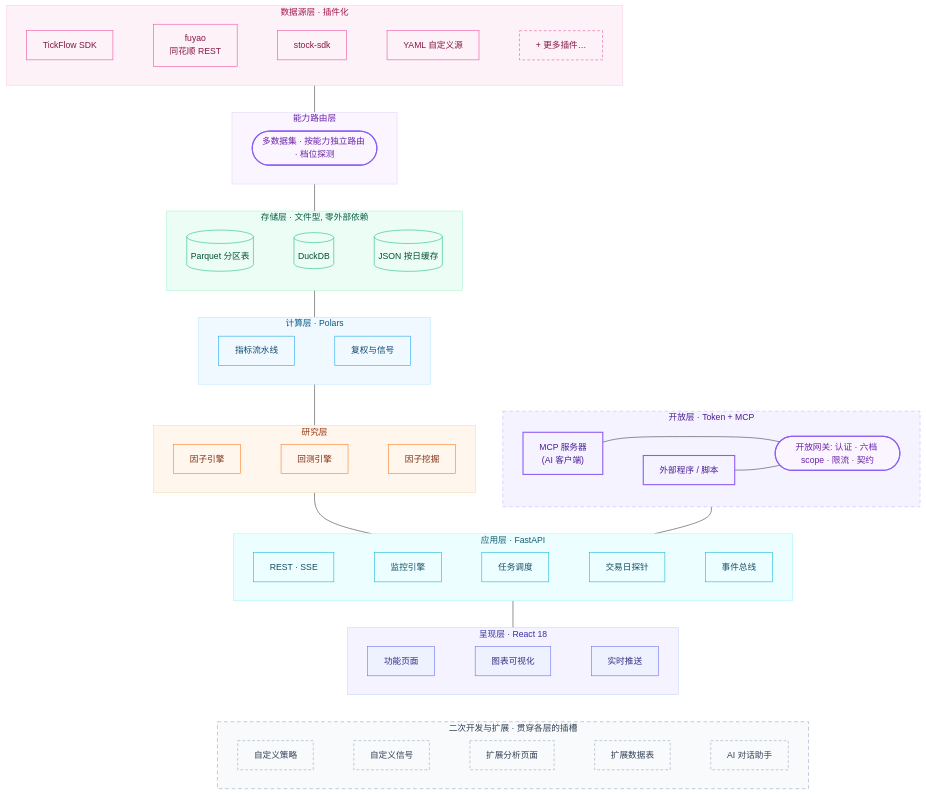
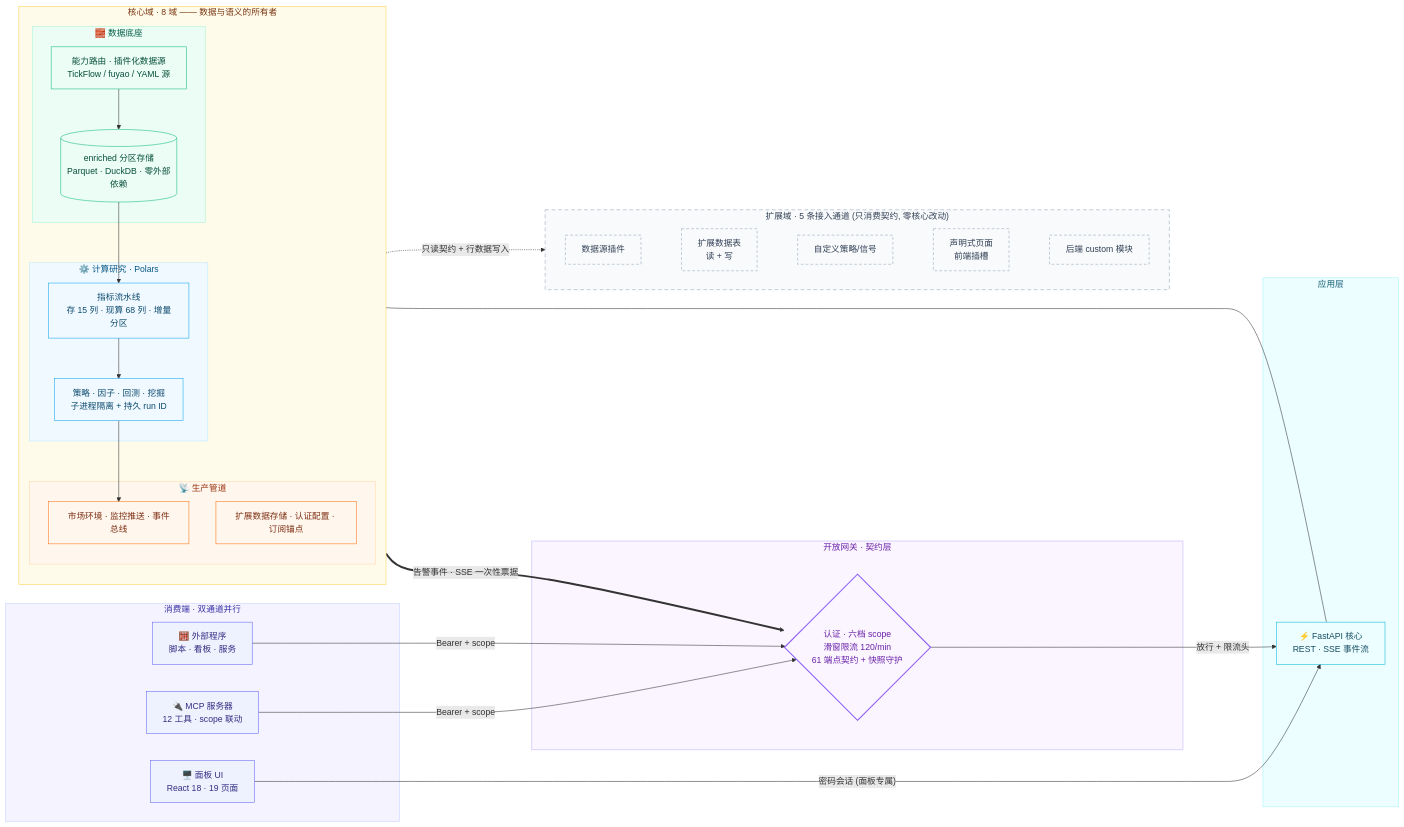
The diagram in README.md (GiannisLiu/tick-stock-panel), drawn with Mermaid before and after one commit. The commit also changed other lines of this file, not shown here.

Commit message:
docs(readme): 大改版 — 网关居中的新架构叙事 + 性能前置 + 数字面板
- 头部数字面板: 61 端点 / 6 权限档 / 12 MCP 工具 / 2400+ 测试 / ms 级扫描 / 1 容器 六格大数字
- ⚡ 性能 升为一级章节并前置 (核心功能之后): 拆 '核心引擎' 与 '开放层(0.3.2 新架构)' 两表,
  每行 表现+靠什么, 全部真实口径
- 架构图彻底重画: 旧 '数据→路由→存储→计算→呈现' 纵向流水线 → 新 '消费端双通道 → 开放网关
  (认证/scope/限流/契约) → FastAPI → 核心域三簇(数据底座/计算研究/生产管道, 内嵌增量链路)
  → 扩展域五通道虚线契约消费', 事件总线经 SSE 票据回推网关的完整闭环
- 新增 '核心域/扩展域边界' 表: 8 域 vs 5 通道 + 划线依据 + 页面可替换示例
- 章节重排: 性能/架构前置, 界面预览与 AI 助手后移; 开放能力章节收窄为能力表+十行上手
- 27 个相对链接与 mermaid 结构 (subgraph/end 配对/引号/节点 id) 校验通过

````diff
--- a/README.md
+++ b/README.md
@@ -316,92 +250,75 @@
 ```mermaid
-flowchart TB
-    subgraph OPEN["开放层 · Token + MCP"]
-        direction LR
-        M1["MCP 服务器<br/>(AI 客户端)"] ~~~ M2["外部程序 / 脚本"]
-        M3(["开放网关: 认证 · 六档 scope · 限流 · 契约"])
+flowchart LR
+    subgraph CLIENTS["消费端 · 双通道并行"]
+        UI["🖥️ 面板 UI<br/>React 18 · 19 页面"]
+        MCPS["🔌 MCP 服务器<br/>12 工具 · scope 联动"]
+        APP["🧮 外部程序<br/>脚本 · 看板 · 服务"]
     end
 
-    subgraph DATA["数据源层 · 插件化"]
-        direction LR
-        D1["TickFlow SDK"] ~~~ D2["fuyao<br/>同花顺 REST"] ~~~ D3["stock-sdk"] ~~~ D4["YAML 自定义源"] ~~~ D5["+ 更多插件…"]
+    subgraph GATE["开放网关 · 契约层"]
+        GW{"认证 · 六档 scope<br/>滑窗限流 120/min<br/>61 端点契约 + 快照守护"}
     end
 
-    subgraph ROUTE["能力路由层"]
-        direction LR
-        R(["多数据集 · 按能力独立路由 · 档位探测"])
+    subgraph SVC["应用层"]
+        API["⚡ FastAPI 核心<br/>REST · SSE 事件流"]
     end
 
-    subgraph STORE["存储层 · 文件型, 零外部依赖"]
-        direction LR
-        ST1[("Parquet 分区表")] ~~~ ST2[("DuckDB")] ~~~ ST3[("JSON 按日缓存")]
+    subgraph CORE["核心域 · 8 域 —— 数据与语义的所有者"]
+        direction TB
+        subgraph FDN["🧱 数据底座"]
+            D1["能力路由 · 插件化数据源<br/>TickFlow / fuyao / YAML 源"]
+            D2[("enriched 分区存储<br/>Parquet · DuckDB · 零外部依赖")]
+        end
+        subgraph CMP["⚙️ 计算研究 · Polars"]
+            C1["指标流水线<br/>存 15 列 · 现算 68 列 · 增量分区"]
+            C2["策略 · 因子 · 回测 · 挖掘<br/>子进程隔离 + 持久 run ID"]
+        end
+        subgraph PDC["📡 生产管道"]
+            P1["市场环境 · 监控推送 · 事件总线"]
+            P2["扩展数据存储 · 认证配置 · 订阅锚点"]
+        end
+        D1 --> D2
+        D2 --> C1
+        C1 --> C2
+        C2 --> P1
+        P2
     end
 
-    subgraph CALC["计算层 · Polars"]
+    subgraph EXT["扩展域 · 5 条接入通道 (只消费契约, 零核心改动)"]
         direction LR
-        C1["指标流水线"] ~~~ C2["复权与信号"]
+        X1["数据源插件"] ~~~ X2["扩展数据表<br/>读 + 写"] ~~~ X3["自定义策略/信号"] ~~~ X4["声明式页面<br/>前端插槽"] ~~~ X5["后端 custom 模块"]
     end
 
-    subgraph RES["研究层"]
-        direction LR
-        G1["因子引擎"] ~~~ G2["回测引擎"] ~~~ G3["因子挖掘"]
-    end
+    UI -->|"密码会话 (面板专属)"| API
+    MCPS -->|"Bearer + scope"| GW
+    APP -->|"Bearer + scope"| GW
+    GW -->|"放行 + 限流头"| API
+    API --- CORE
+    CORE -.->|"只读契约 + 行数据写入"| EXT
+    P1 ==>|"告警事件 · SSE 一次性票据"| GW
 
-    subgraph SVC["应用层 · FastAPI"]
-        direction LR
-        S1["REST · SSE"] ~~~ S2["监控引擎"] ~~~ S3["任务调度"] ~~~ S4["交易日探针"] ~~~ S5["事件总线"]
-    end
-
-    subgraph FE["呈现层 · React 18"]
-        direction LR
-        F1["功能页面"] ~~~ F2["图表可视化"] ~~~ F3["实时推送"]
-    end
-
-    subgraph EXT["二次开发与扩展 · 贯穿各层的插槽"]
-        direction LR
-        X1["自定义策略"] ~~~ X2["自定义信号"] ~~~ X3["扩展分析页面"] ~~~ X4["扩展数据表"] ~~~ X5["AI 对话助手"]
-    end
-
-    M1 --- M3
-    M2 --- M3
-    M3 --- SVC
-    DATA --- ROUTE
-    ROUTE --- STORE
-    STORE --- CALC
-    CALC --- RES
-    RES --- SVC
-    SVC --- FE
-    FE ~~~ EXT
-
-    classDef open fill:#f5f3ff,stroke:#8b5cf6,color:#4c1d95,stroke-width:2px
-    classDef fe fill:#eef2ff,stroke:#6366f1,color:#312e81
+    classDef client fill:#eef2ff,stroke:#6366f1,color:#312e81
+    classDef gate fill:#faf5ff,stroke:#8b5cf6,color:#6b21a8,stroke-width:2px
     classDef svc fill:#ecfeff,stroke:#06b6d4,color:#164e63
-    classDef res fill:#fff7ed,stroke:#f97316,color:#7c2d12
-    classDef calc fill:#f0f9ff,stroke:#0ea5e9,color:#0c4a6e
-    classDef store fill:#ecfdf5,stroke:#10b981,color:#064e3b
-    classDef data fill:#fdf2f8,stroke:#ec4899,color:#831843
-    classDef pluginSlot fill:#fdf2f8,stroke:#ec4899,color:#831843,stroke-dasharray:5 4
-    classDef route fill:#faf5ff,stroke:#8b5cf6,color:#6b21a8,stroke-width:2px
+    classDef fdn fill:#ecfdf5,stroke:#10b981,color:#064e3b
+    classDef cmp fill:#f0f9ff,stroke:#0ea5e9,color:#0c4a6e
+    classDef pdc fill:#fff7ed,stroke:#f97316,color:#7c2d12
     classDef ext fill:#f8fafc,stroke:#94a3b8,color:#334155,stroke-dasharray:5 4
 
-    class M1,M2 open
-    class M3 route
-    class F1,F2,F3 fe
-    class S1,S2,S3,S4,S5 svc
-    class G1,G2,G3 res
-    class C1,C2 calc
-    class ST1,ST2,ST3 store
-    class D1,D2,D3,D4 data
-    class D5 pluginSlot
-    class R route
+    class UI,MCPS,APP client
+    class GW gate
+    class API svc
+    class D1,D2 fdn
+    class C1,C2 cmp
+    class P1,P2 pdc
     class X1,X2,X3,X4,X5 ext
 
-    style OPEN fill:#f5f3ff,stroke:#c4b5fd,color:#4c1d95,stroke-dasharray:7 5
-    style FE fill:#f5f3ff,stroke:#c7d2fe,color:#3730a3
+    style GATE fill:#faf5ff,stroke:#ddd6fe,color:#6b21a8,stroke-width:2px
+    style CORE fill:#fffbeb,stroke:#fcd34d,color:#78350f
+    style FDN fill:#ecfdf5,stroke:#a7f3d0,color:#065f46
+    style CMP fill:#f0f9ff,stroke:#bae6fd,color:#075985
+    style PDC fill:#fff7ed,stroke:#fed7aa,color:#9a3412
+    style EXT fill:#f8fafc,stroke:#94a3b8,color:#334155,stroke-dasharray:7 5
+    style CLIENTS fill:#f5f3ff,stroke:#c7d2fe,color:#3730a3
     style SVC fill:#ecfeff,stroke:#a5f3fc,color:#155e75
-    style RES fill:#fff7ed,stroke:#fed7aa,color:#9a3412
-    style CALC fill:#f0f9ff,stroke:#bae6fd,color:#075985
-    style STORE fill:#ecfdf5,stroke:#a7f3d0,color:#065f46
-    style ROUTE fill:#faf5ff,stroke:#ddd6fe,color:#6b21a8
-    style DATA fill:#fdf2f8,stroke:#fbcfe8,color:#9d174d
-    style EXT fill:#f8fafc,stroke:#94a3b8,color:#334155,stroke-dasharray:7 5
 ```
````
